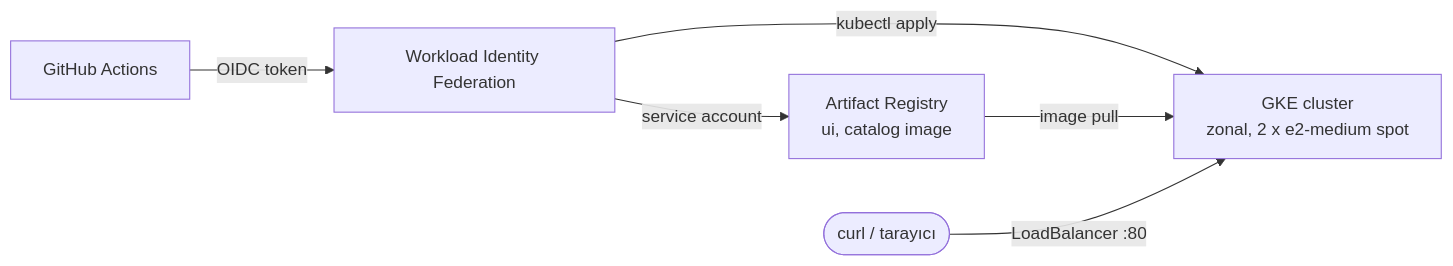
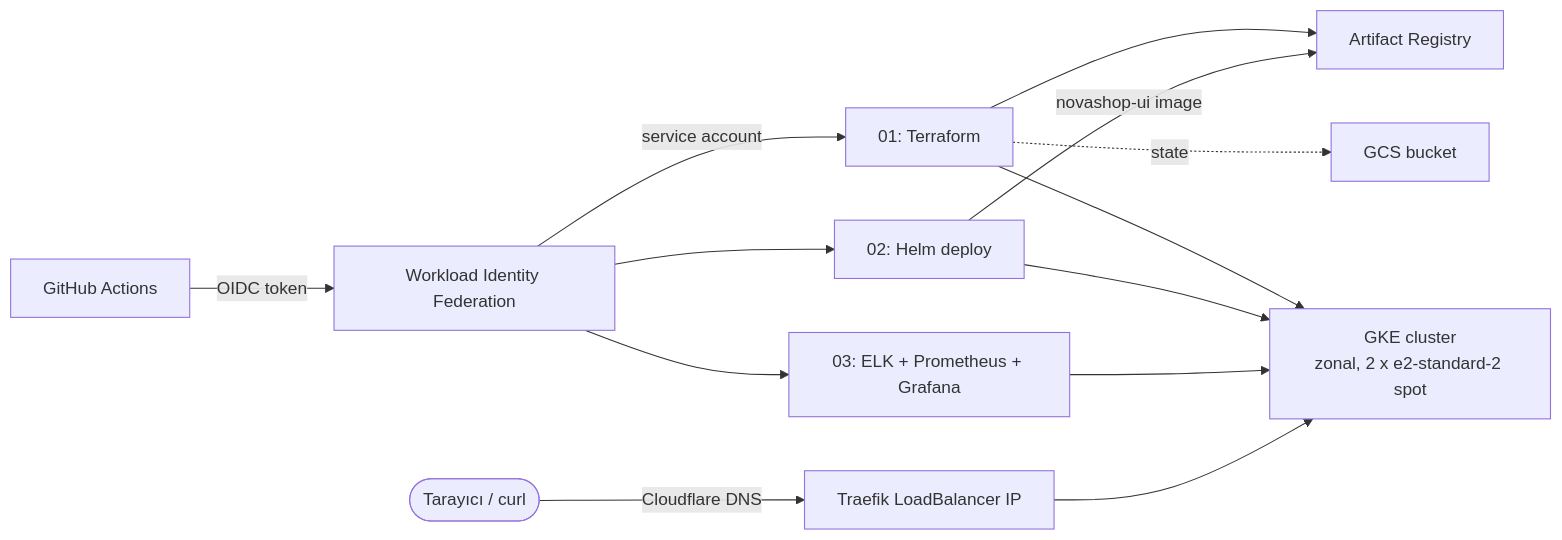
Before and after one commit to hakanbayraktar/novashop-lab: the diagram in labs/LAB-12/README.md, drawn with Mermaid. The commit also changed other lines of this file and 25 other files, not shown here.

First line of the commit message:
feat(lab-12): GKE altyapısı ve uygulama tamamen GitHub Actions ile (01/02/03)

````diff
--- a/labs/LAB-12/README.md
+++ b/labs/LAB-12/README.md
@@ -27,8 +24,12 @@
 ```mermaid
-graph LR
-    GH[GitHub Actions] -->|OIDC token| WIF[Workload Identity Federation]
-    WIF -->|service account| AR[Artifact Registry<br/>ui, catalog image]
-    WIF -->|kubectl apply| GKE[GKE cluster<br/>zonal, 2 x e2-medium spot]
-    AR -->|image pull| GKE
-    User([curl / tarayıcı]) -->|LoadBalancer :80| GKE
+flowchart LR
+    GH["GitHub Actions"] -->|OIDC token| WIF["Workload Identity Federation"]
+    WIF -->|service account| TF["01: Terraform"]
+    TF --> GKE["GKE cluster<br/>zonal, 2 x e2-standard-2 spot"]
+    TF --> AR["Artifact Registry"]
+    TF -. state .-> GCS["GCS bucket"]
+    WIF --> D["02: Helm deploy"] --> GKE
+    D -->|novashop-ui image| AR
+    WIF --> M["03: ELK + Prometheus + Grafana"] --> GKE
+    U(["Tarayıcı / curl"]) -->|Cloudflare DNS| LB["Traefik LoadBalancer IP"] --> GKE
 ```
````
